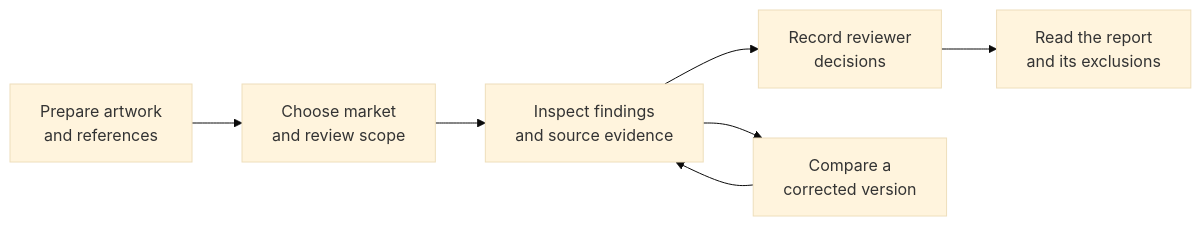
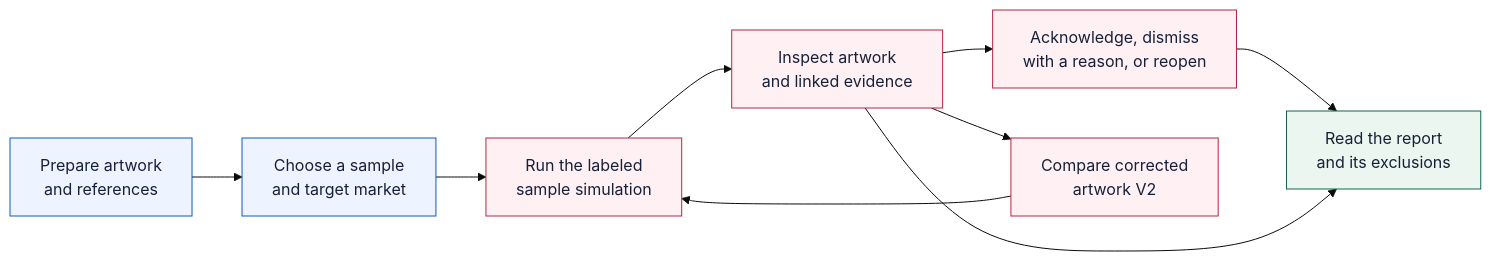
Before and after one commit to Spkap/Esko-hacks: the first of 2 diagrams in README.md, drawn with Mermaid (base theme). The commit also changed other lines of this file, not shown here.

````diff
--- a/README.md
+++ b/README.md
@@ -50,9 +97,18 @@
 ```mermaid
 flowchart LR
-    A["Prepare artwork<br/>and references"] --> B["Choose market<br/>and review scope"]
-    B --> C["Inspect findings<br/>and source evidence"]
-    C --> D["Record reviewer<br/>decisions"]
-    D --> E["Read the report<br/>and its exclusions"]
-    C --> F["Compare a<br/>corrected version"]
+    A["Prepare artwork<br/>and references"] --> B["Choose a sample<br/>and target market"]
+    B --> C["Run the labeled<br/>sample simulation"]
+    C --> D["Inspect artwork<br/>and linked evidence"]
+    D --> E["Acknowledge, dismiss<br/>with a reason, or reopen"]
+    D --> F["Compare corrected<br/>artwork V2"]
     F --> C
+    E --> G["Read the report<br/>and its exclusions"]
+    D --> G
+
+    classDef input fill:#eef4ff,stroke:#1159c2,color:#162138
+    classDef review fill:#fff0f3,stroke:#b32642,color:#162138
+    classDef output fill:#eaf6ef,stroke:#16644e,color:#162138
+    class A,B input
+    class C,D,E,F review
+    class G output
 ```
````
